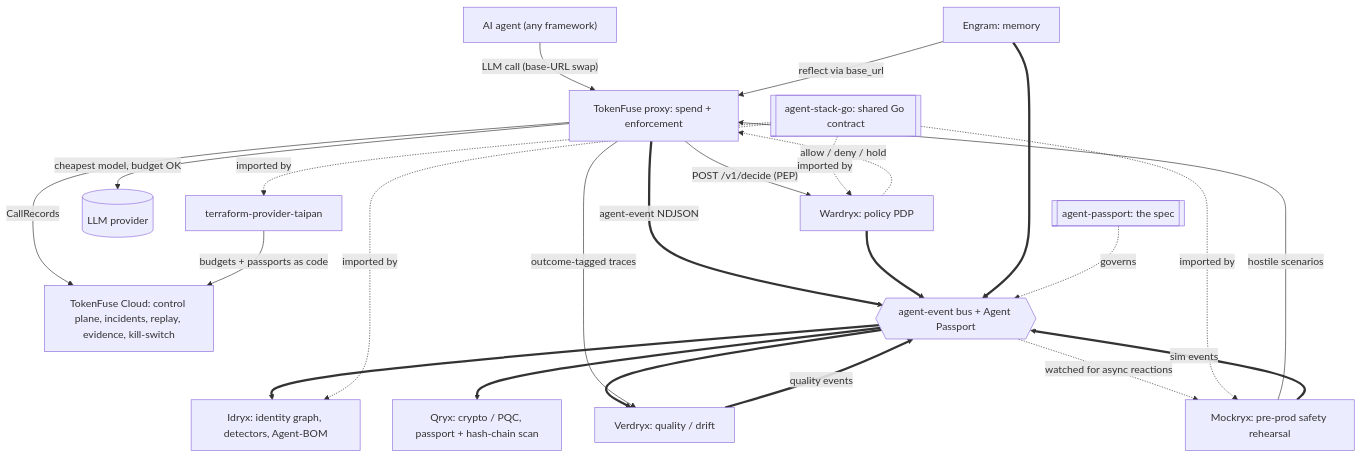
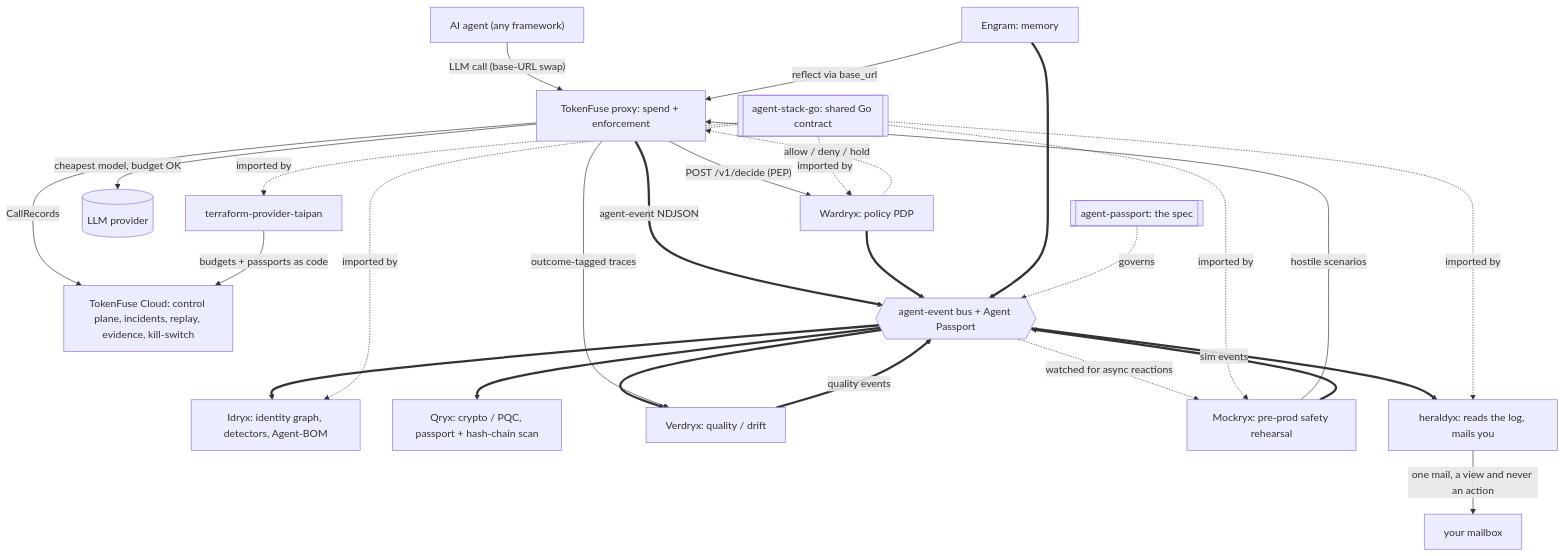
One commit to TAIPANBOX/mockryx changed the diagram in README.md. Above: the diagram before and after it, drawn with Mermaid.

Commit message:
docs: the stack diagram was missing the plane that writes to you (#12)
heraldyx has been in the stack since 2026-08-02 and this diagram, which sits on
the front page of ten repositories, still drew the stack without it. A shared
picture that omits one of its own services is worse than no picture, because a
reader takes it for the whole.

Three lines: the bus feeds heraldyx, heraldyx sends one mail, and it imports the
same shared contract the other Go services do (verified in its go.mod, which has
exactly one direct dependency, agent-stack-go v0.4.0).

The insertion uses only node and edge forms already present in this diagram, so
it introduces no construct that was not already rendering here.

Trailryx is deliberately NOT added. Measured 2026-08-03: it contains zero
occurrences of the shared envelope, and no service in this stack sends it
anything, so there is no arrow to draw. Genaryx is left for a separate decision.

````diff
--- a/README.md
+++ b/README.md
@@ -61,26 +61,29 @@
 ```mermaid
 flowchart TB
   Agent["AI agent (any framework)"] -->|"LLM call (base-URL swap)"| TF["TokenFuse proxy: spend + enforcement"]
   TF -->|"POST /v1/decide (PEP)"| WX["Wardryx: policy PDP"]
   WX -.->|"allow / deny / hold"| TF
   TF -->|"cheapest model, budget OK"| LLM[("LLM provider")]
   TF -->|"CallRecords"| CL["TokenFuse Cloud: control plane, incidents, replay, evidence, kill-switch"]
   TF ==>|"agent-event NDJSON"| BUS{{"agent-event bus + Agent Passport"}}
   WX ==> BUS
   ENG["Engram: memory"] -->|"reflect via base_url"| TF
   ENG ==> BUS
   BUS ==> IDX["Idryx: identity graph, detectors, Agent-BOM"]
   BUS ==> QX["Qryx: crypto / PQC, passport + hash-chain scan"]
   BUS ==> VX["Verdryx: quality / drift"]
   VX ==>|"quality events"| BUS
   TF -->|"outcome-tagged traces"| VX
   MX["Mockryx: pre-prod safety rehearsal"] -->|"hostile scenarios"| TF
   MX ==>|"sim events"| BUS
+  BUS ==> HX["heraldyx: reads the log, mails you"]
+  HX -->|"one mail, a view and never an action"| OPS["your mailbox"]
   BUS -.->|"watched for async reactions"| MX
   TFP["terraform-provider-taipan"] -->|"budgets + passports as code"| CL
   ASG[["agent-stack-go: shared Go contract"]] -.->|imported by| IDX
   ASG -.->|imported by| WX
   ASG -.->|imported by| MX
   ASG -.->|imported by| TFP
+  ASG -.->|imported by| HX
   SPEC[["agent-passport: the spec"]] -.->|governs| BUS
 ```
````
